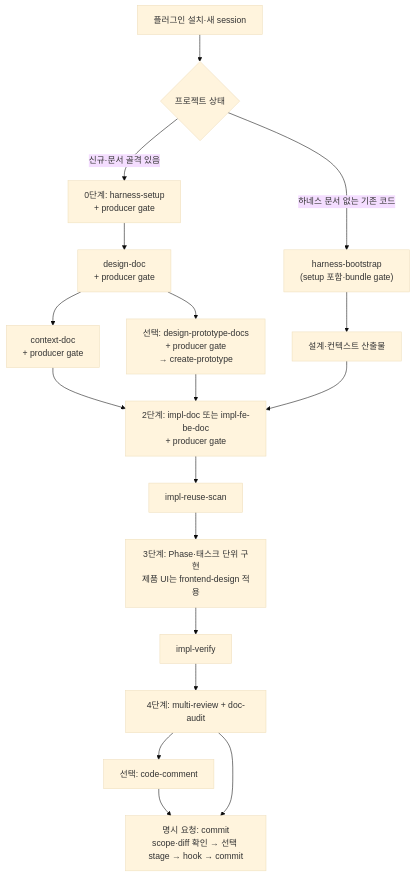
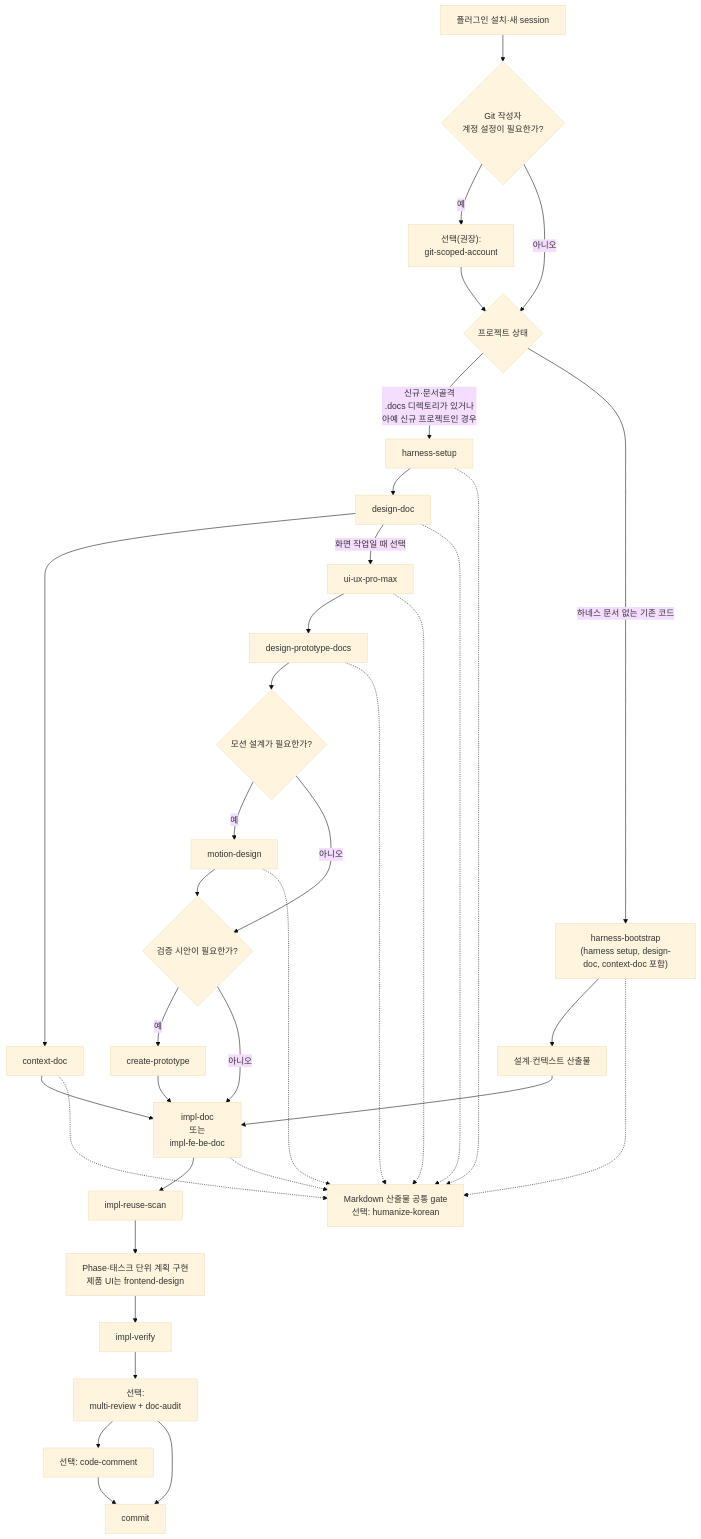
The first of 2 diagrams in README.md (hb9397/ai-agent-harness-docs), drawn with Mermaid (base theme) before and after one commit. The commit also changed other lines of this file, not shown here.

Commit message:
docs(readme): streamline user workflow overview
Keep the repository overview focused on current user-facing facts and expand the main workflow to cover all 19 user skills, including optional Git, UI/UX, motion, and Markdown handoff steps.

Verified the 19-skill flow, local README links, and git diff whitespace.

````diff
--- a/README.md
+++ b/README.md
@@ -130,20 +119,40 @@
 ```mermaid
 flowchart TD
-    P["플러그인 설치·새 session"] --> N{"프로젝트 상태"}
-    N -->|"신규·문서 골격 있음"| S["0단계: harness-setup<br/>+ producer gate"]
-    S --> D["design-doc<br/>+ producer gate"]
-    N -->|"하네스 문서 없는 기존 코드"| B["harness-bootstrap<br/>(setup 포함·bundle gate)"]
-    D --> C["context-doc<br/>+ producer gate"]
+    P["플러그인 설치·새 session"] --> G{" Git 작성자<br/>계정 설정이 필요한가?"}
+    G -->|"예"| GA["선택(권장): <br/>git-scoped-account"]
+    G -->|"아니오"| N{"프로젝트 상태"}
+    GA --> N
+    N -->|"신규·문서골격<br/>.docs 디렉토리가 있거나<br/> 아예 신규 프로젝트인 경우"| S["harness-setup"]
+    S --> D["design-doc<br/>"]
+    N -->|"하네스 문서 없는 기존 코드"| B["harness-bootstrap<br/>(harness setup, design-doc, context-doc 포함)"]
+    D --> C["context-doc"]
     B --> C2["설계·컨텍스트 산출물"]
-    D --> U["선택: design-prototype-docs<br/>+ producer gate<br/>→ create-prototype"]
-    C --> I["2단계: impl-doc 또는 impl-fe-be-doc<br/>+ producer gate"]
+    D -->|"화면 작업일 때 선택"| UX["ui-ux-pro-max"]
+    UX --> U["design-prototype-docs"]
+    U --> M{"모션 설계가 필요한가?"}
+    M -->|"예"| MD["motion-design"]
+    M -->|"아니오"| T{"검증 시안이 필요한가?"}
+    MD --> T
+    T -->|"예"| CP["create-prototype"]
+    T -->|"아니오"| I
+    CP --> I
+    C --> I["impl-doc <br/>또는<br/> impl-fe-be-doc"]
     C2 --> I
-    U --> I
     I --> R["impl-reuse-scan"]
-    R --> W["3단계: Phase·태스크 단위 구현<br/>제품 UI는 frontend-design 적용"]
+    R --> W["Phase·태스크 단위 계획 구현<br/>제품 UI는 frontend-design"]
     W --> V["impl-verify"]
-    V --> Q["4단계: multi-review + doc-audit"]
+    V --> Q["선택:<br/>multi-review + doc-audit"]
     Q --> CC["선택: code-comment"]
-    CC --> CM["명시 요청: commit<br/>scope·diff 확인 → 선택 stage → hook → commit"]
+    CC --> CM["commit"]
     Q --> CM
+
+    H["Markdown 산출물 공통 gate<br/>선택: humanize-korean<br/>"]
+    S -.-> H
+    B -.-> H
+    D -.-> H
+    C -.-> H
+    UX -.-> H
+    U -.-> H
+    MD -.-> H
+    I -.-> H
 ```
````
